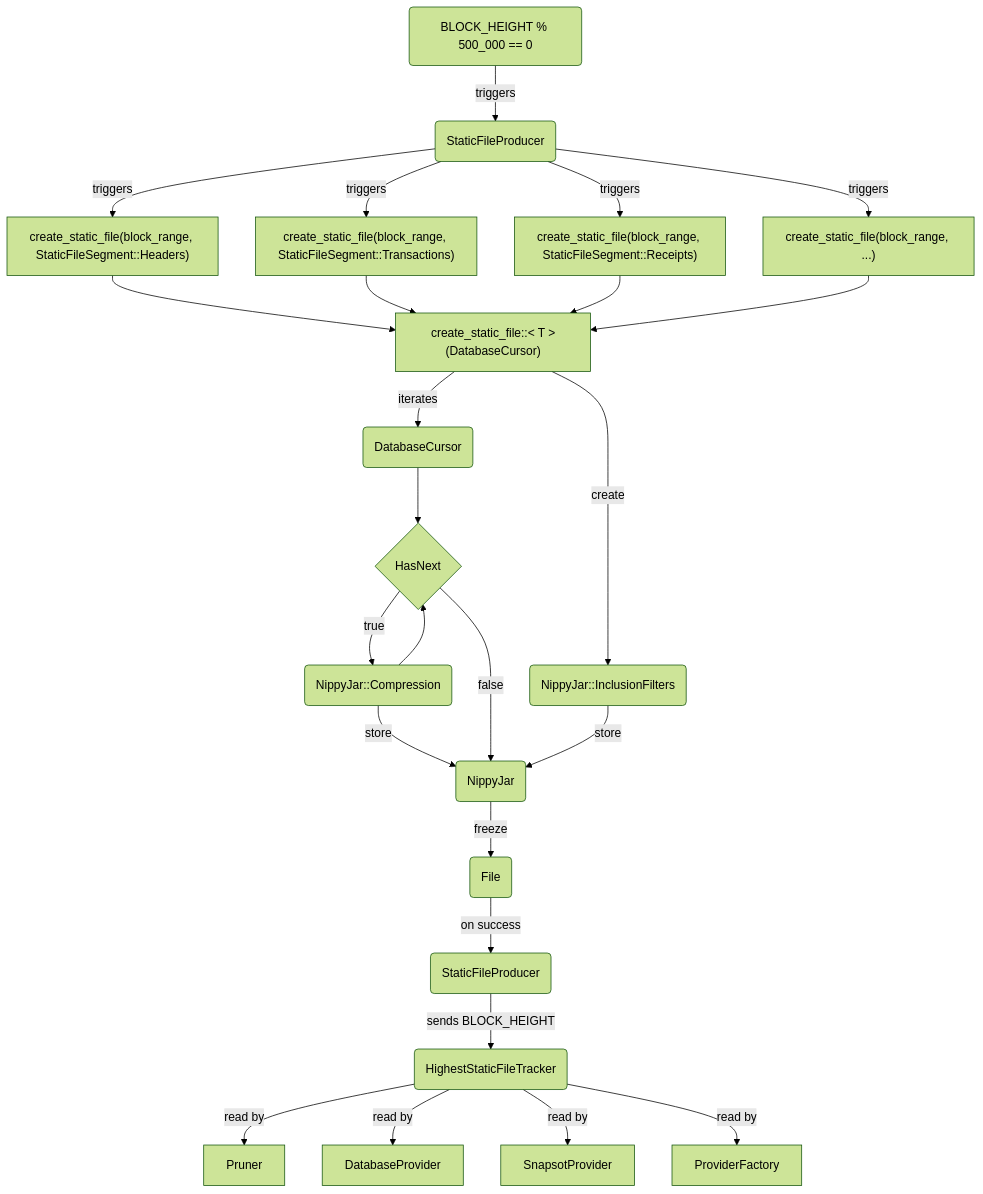
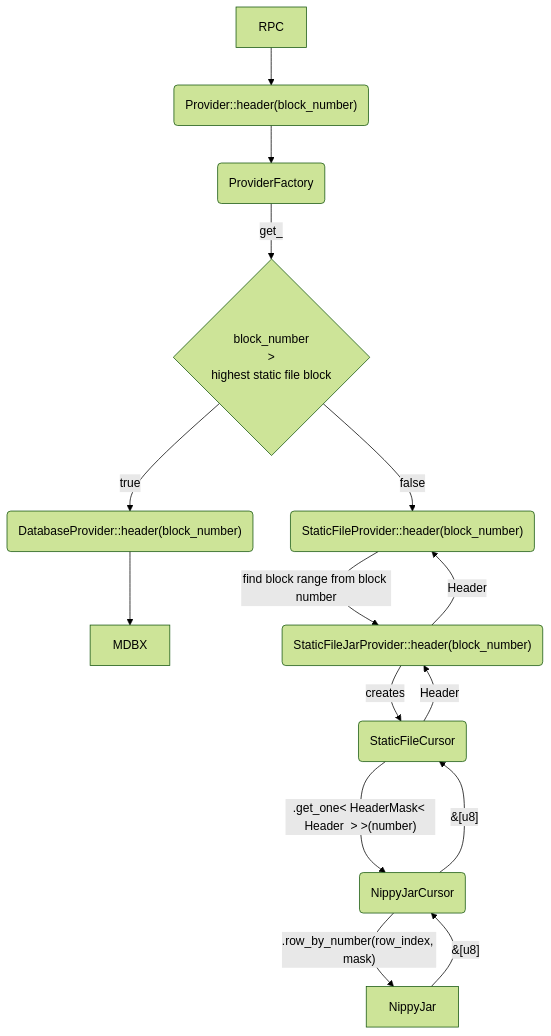
Before and after one commit to paradigmxyz/reth: the first of 4 diagrams in crates/static-file/README.md, drawn with Mermaid (forest theme). The commit also changed other lines of this file and 6 other files, not shown here.

Commit message:
update docs and diagrams

````diff
--- a/crates/static-file/README.md
+++ b/crates/static-file/README.md
@@ -14,27 +17,17 @@
 ```mermaid
 graph TD;
-    I("BLOCK_HEIGHT % 500_000 == 0")--triggers-->SP(StaticFileProducer)
-    SP --> |triggers| SH["create_static_file(block_range, StaticFileSegment::Headers)"]
-    SP --> |triggers| ST["create_static_file(block_range, StaticFileSegment::Transactions)"]
-    SP --> |triggers| SR["create_static_file(block_range, StaticFileSegment::Receipts)"]
-    SP --> |triggers| ETC["create_static_file(block_range, ...)"]
-    SH --> CS["create_static_file::&lt; T &gt;(DatabaseCursor)"]
-    ST --> CS
-    SR --> CS
-    ETC --> CS
-    CS --> |create| IF(NippyJar::InclusionFilters)
-    CS -- iterates --> DC(DatabaseCursor) -->HN{HasNext} 
-    HN --> |true| NJC(NippyJar::Compression)
-    NJC --> HN
-    NJC --store--> NJ
-    HN --> |false| NJ 
-    IF --store--> NJ(NippyJar)
-    NJ --freeze--> F(File)
-    F--"on success"--> SP1(StaticFileProducer)
-    SP1 --"sends BLOCK_HEIGHT"--> HST(HighestStaticFileTracker)
-    HST --"read by"-->Pruner
-    HST --"read by"-->DatabaseProvider
-    HST --"read by"-->SnapsotProvider
-    HST --"read by"-->ProviderFactory
-
+    RPC-->P
+    P("Provider::header(block_number)")-->PF(ProviderFactory)
+    PF--get_-->DC1{block_number <br> > <br> highest static file block}
+    DC1 --> |true| PD1("DatabaseProvider::header(block_number)")
+    DC1 --> |false| SFP("StaticFileProvider::header(block_number)")
+    PD1 --> MDBX
+    SFP --find block range from block number--> JP("StaticFileJarProvider::header(block_number)")
+    JP --"creates"-->SC(StaticFileCursor)
+    SC --".get_one&lt; HeaderMask&lt; Header  &gt; &gt;(number)"--->NJC("NippyJarCursor")
+    NJC--".row_by_number(row_index, mask)"-->NJ[NippyJar]
+    NJ--"&[u8]"-->NJC
+    NJC--"&[u8]"-->SC
+    SC--"Header"--> JP
+    JP--"Header"--> SFP
 ```
````
